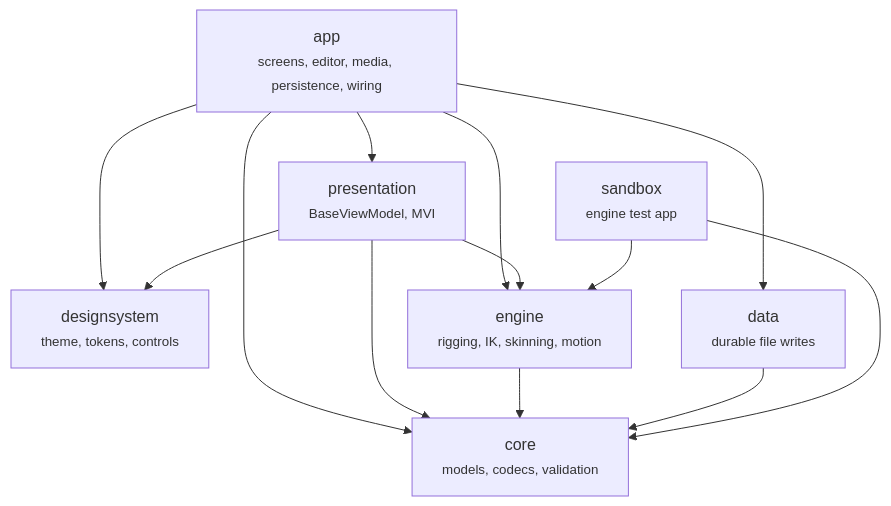
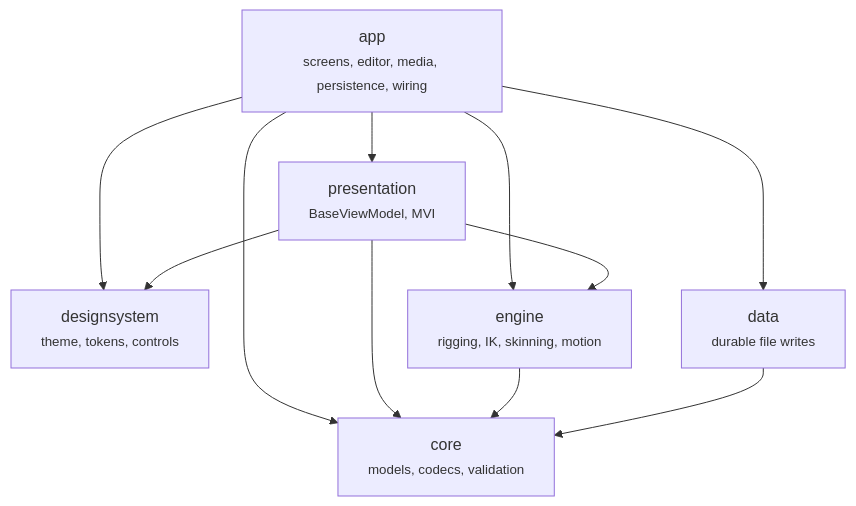
Before and after one commit to DonnC/kinetiframe: the first of 5 diagrams in docs/architecture/README.md, drawn with Mermaid. The commit also changed other lines of this file and 32 other files, not shown here.

First line of the commit message:
Remove the engine sandbox app

````diff
--- a/docs/architecture/README.md
+++ b/docs/architecture/README.md
@@ -9,23 +9,20 @@
 ```mermaid
 flowchart TD
     app["app<br/><small>screens, editor, media, persistence, wiring</small>"]
     presentation["presentation<br/><small>BaseViewModel, MVI</small>"]
     designsystem["designsystem<br/><small>theme, tokens, controls</small>"]
     engine["engine<br/><small>rigging, IK, skinning, motion</small>"]
     data["data<br/><small>durable file writes</small>"]
     core["core<br/><small>models, codecs, validation</small>"]
-    sandbox["sandbox<br/><small>engine test app</small>"]
 
     app --> presentation
     app --> designsystem
     app --> engine
     app --> data
     app --> core
     presentation --> designsystem
     presentation --> engine
     presentation --> core
     engine --> core
     data --> core
-    sandbox --> engine
-    sandbox --> core
 ```
````
